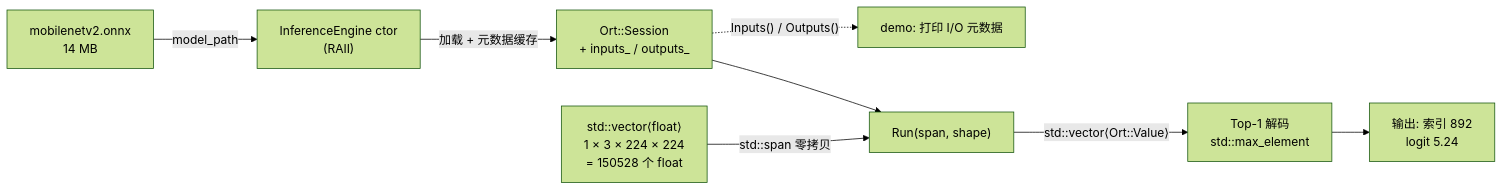
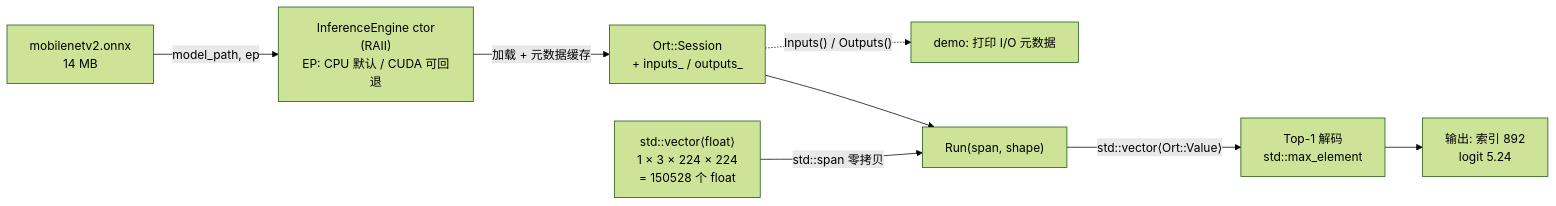
The first of 2 diagrams in 02_Inference_Analysis/w14_ort_basics/notes.md (hanchunbo/Edge-AI-Genesis-2026), drawn with Mermaid (forest theme) before and after one commit. The commit also changed other lines of this file, not shown here.

First line of the commit message:
docs(W14): notes 补编译运行/CUDA EP 时序/概念链接

````diff
--- a/02_Inference_Analysis/w14_ort_basics/notes.md
+++ b/02_Inference_Analysis/w14_ort_basics/notes.md
@@ -54,10 +132,10 @@
 ```mermaid
 flowchart LR
-  A["mobilenetv2.onnx<br/>14 MB"] -->|model_path| B["InferenceEngine ctor<br/>(RAII)"]
+  A["mobilenetv2.onnx<br/>14 MB"] -->|"model_path, ep"| B["InferenceEngine ctor<br/>(RAII)<br/>EP: CPU 默认 / CUDA 可回退"]
   B -->|加载 + 元数据缓存| C["Ort::Session<br/>+ inputs_ / outputs_"]
   C -.->|"Inputs() / Outputs()"| D["demo: 打印 I/O 元数据"]
   E["std::vector⟨float⟩<br/>1 × 3 × 224 × 224<br/>= 150528 个 float"] -->|"std::span 零拷贝"| F["Run(span, shape)"]
   C --> F
   F -->|"std::vector⟨Ort::Value⟩"| G["Top-1 解码<br/>std::max_element"]
   G --> H["输出: 索引 892<br/>logit 5.24"]
 ```
````
